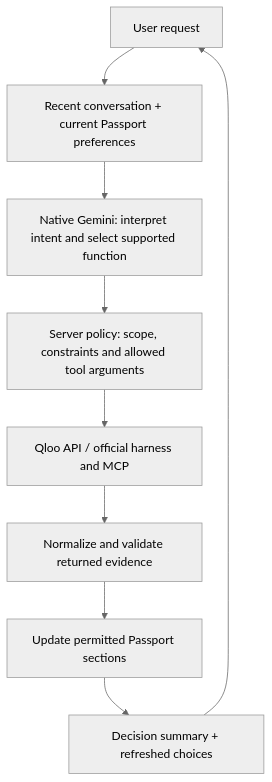
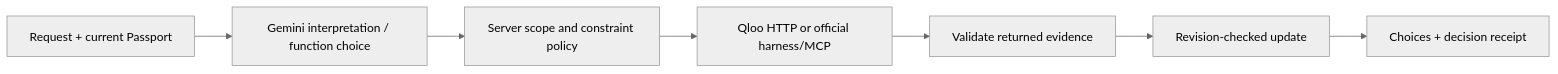
One commit to appinikrishnachaitanya/faveroam-ai changed the diagram in README.md. Above: the diagram before and after it, drawn with Mermaid (neutral theme). The commit also changed other lines of this file and 35 other files, not shown here.

````diff
--- a/README.md
+++ b/README.md
@@ -52,11 +41,9 @@
 ```mermaid
-flowchart TD
-    U[User request] --> C[Recent conversation + current Passport preferences]
-    C --> G[Native Gemini: interpret intent and select supported function]
-    G --> P[Server policy: scope, constraints and allowed tool arguments]
-    P --> Q[Qloo API / official harness and MCP]
-    Q --> V[Normalize and validate returned evidence]
-    V --> S[Update permitted Passport sections]
-    S --> R[Decision summary + refreshed choices]
-    R --> U
+flowchart LR
+  Request[Request + current Passport] --> Gemini[Gemini interpretation / function choice]
+  Gemini --> Policy[Server scope and constraint policy]
+  Policy --> Qloo[Qloo HTTP or official harness/MCP]
+  Qloo --> Check[Validate returned evidence]
+  Check --> State[Revision-checked update]
+  State --> Reply[Choices + decision receipt]
 ```
````
